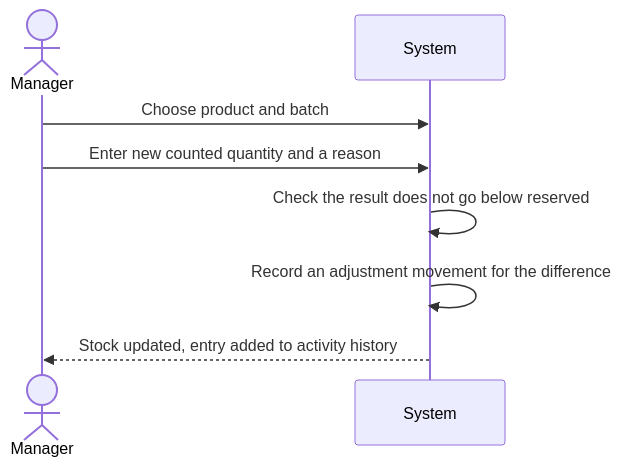
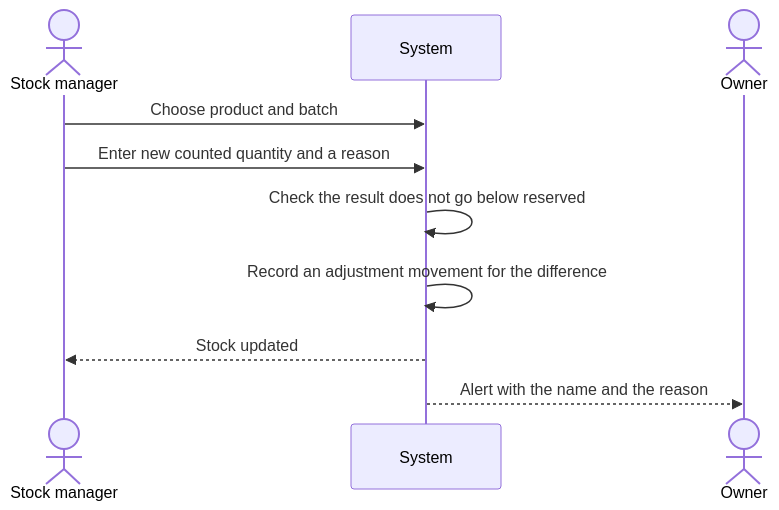
Before and after one commit to AhmedElnagarUU/Cosmo: the third of 3 diagrams in docs/workflows/07-inventory-movements.md, drawn with Mermaid. The commit also changed other lines of this file and 33 other files, not shown here.

````diff
--- a/docs/workflows/07-inventory-movements.md
+++ b/docs/workflows/07-inventory-movements.md
@@ -83,11 +83,13 @@
 ```mermaid
 sequenceDiagram
-    actor M as Manager
+    actor M as Stock manager
     participant S as System
+    actor O as Owner
 
     M->>S: Choose product and batch
     M->>S: Enter new counted quantity and a reason
     S->>S: Check the result does not go below reserved
     S->>S: Record an adjustment movement for the difference
-    S-->>M: Stock updated, entry added to activity history
+    S-->>M: Stock updated
+    S-->>O: Alert with the name and the reason
 ```
````
